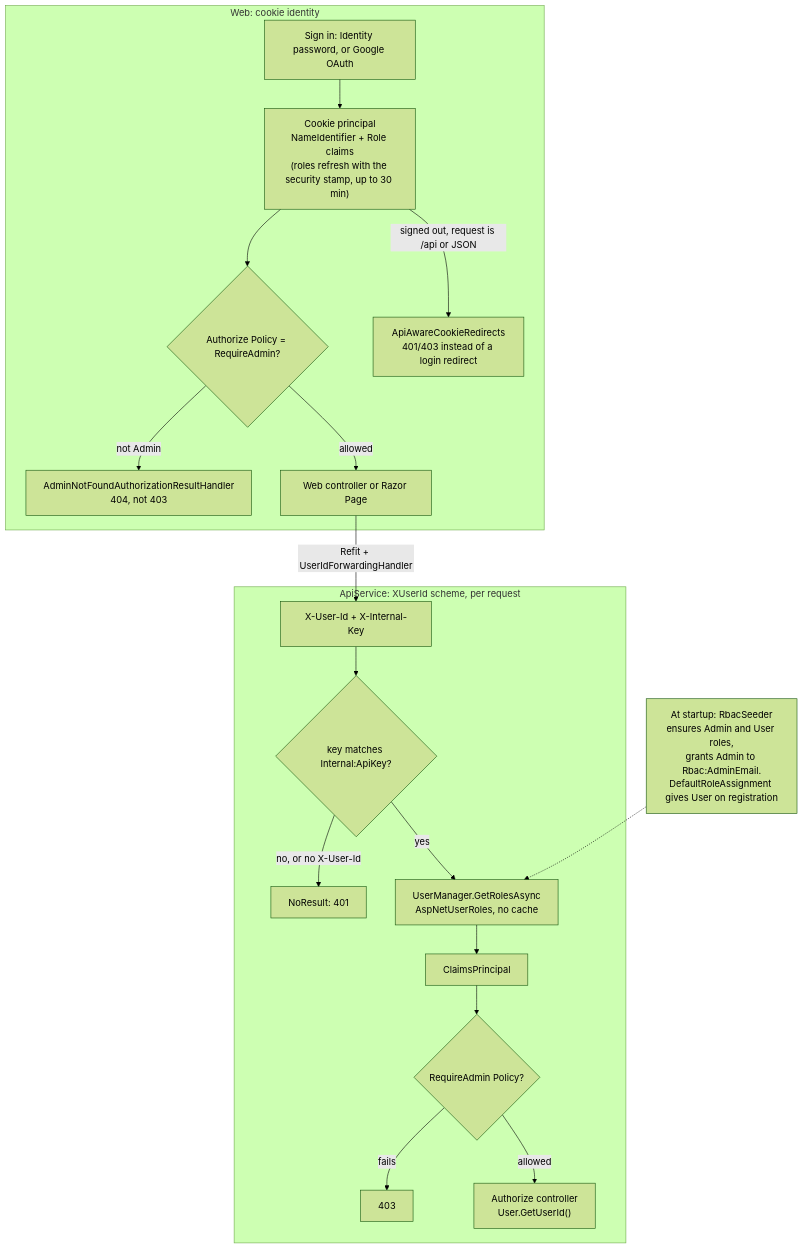
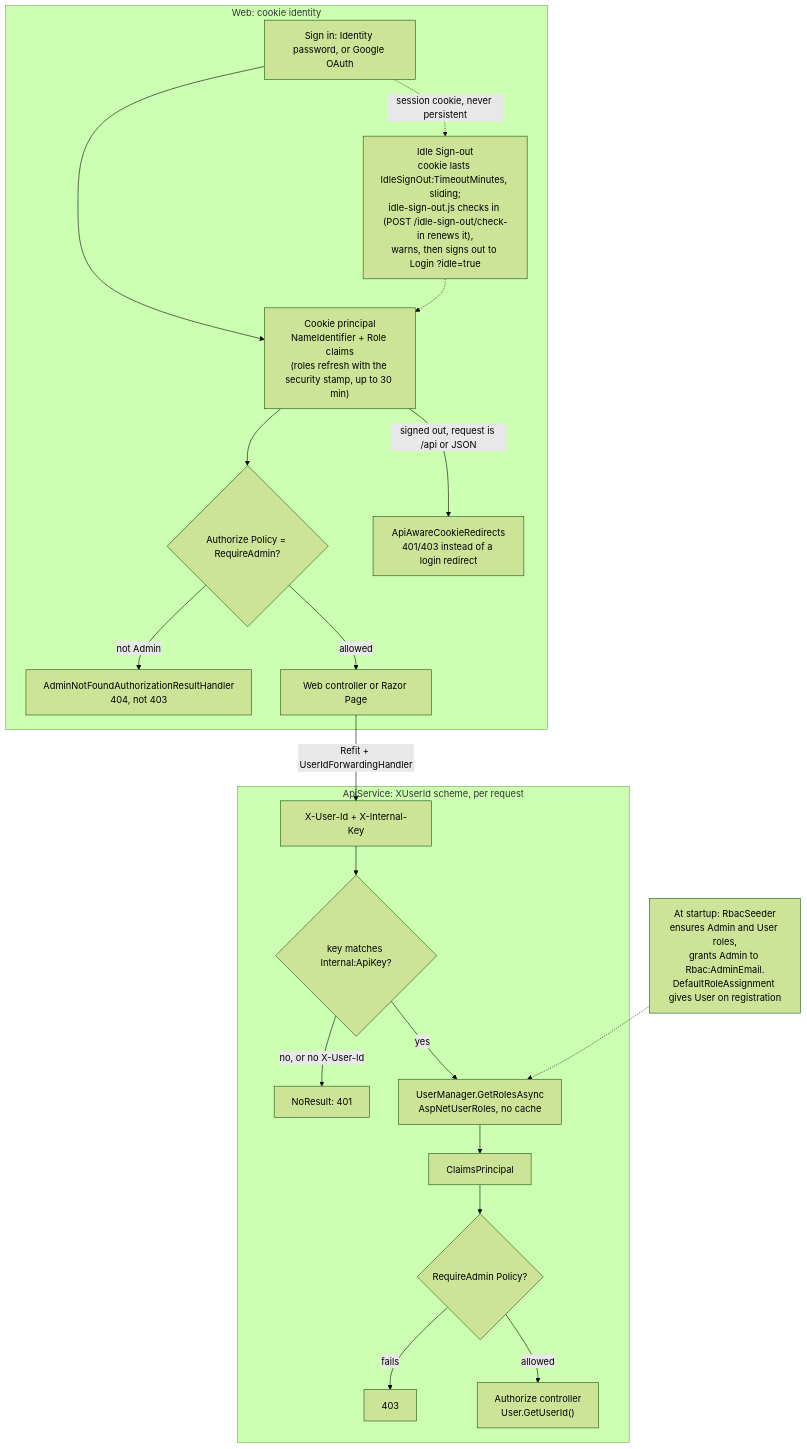
The eighth of 27 diagrams in docs/DIAGRAMS.md (tngo0508/PersonalFinance), drawn with Mermaid (forest theme) before and after one commit. The commit also changed other lines of this file and 21 other files, not shown here.

First line of the commit message:
feat: Idle Sign-out after 30 minutes of inactivity, remove Remember me (#332)

````diff
--- a/docs/DIAGRAMS.md
+++ b/docs/DIAGRAMS.md
@@ -655,23 +655,25 @@
 ```mermaid
 flowchart TB
     subgraph web["Web: cookie identity"]
         login["Sign in: Identity password, or Google OAuth"] --> cookie["Cookie principal<br/>NameIdentifier + Role claims<br/>(roles refresh with the security stamp, up to 30 min)"]
         cookie --> wpol{"Authorize Policy = RequireAdmin?"}
         wpol -- "not Admin" --> nf["AdminNotFoundAuthorizationResultHandler<br/>404, not 403"]
         wpol -- "allowed" --> wctrl["Web controller or Razor Page"]
         cookie -- "signed out, request is /api or JSON" --> ar["ApiAwareCookieRedirects<br/>401/403 instead of a login redirect"]
+        login -. "session cookie, never persistent" .-> idle["Idle Sign-out<br/>cookie lasts IdleSignOut:TimeoutMinutes, sliding;<br/>idle-sign-out.js checks in (POST /idle-sign-out/check-in renews it),<br/>warns, then signs out to Login ?idle=true"]
+        idle -.-> cookie
     end
 
     subgraph api["ApiService: XUserId scheme, per request"]
         hdr["X-User-Id + X-Internal-Key"] --> key{"key matches Internal:ApiKey?"}
         key -- "no, or no X-User-Id" --> none["NoResult: 401"]
         key -- "yes" --> roles["UserManager.GetRolesAsync<br/>AspNetUserRoles, no cache"] --> principal["ClaimsPrincipal"]
         principal --> apol{"RequireAdmin Policy?"}
         apol -- "fails" --> f403["403"]
         apol -- "allowed" --> actrl["Authorize controller<br/>User.GetUserId()"]
     end
 
     wctrl -- "Refit + UserIdForwardingHandler" --> hdr
 
     seed["At startup: RbacSeeder<br/>ensures Admin and User roles,<br/>grants Admin to Rbac:AdminEmail.<br/>DefaultRoleAssignment gives User on registration"] -.-> roles
 ```
````
